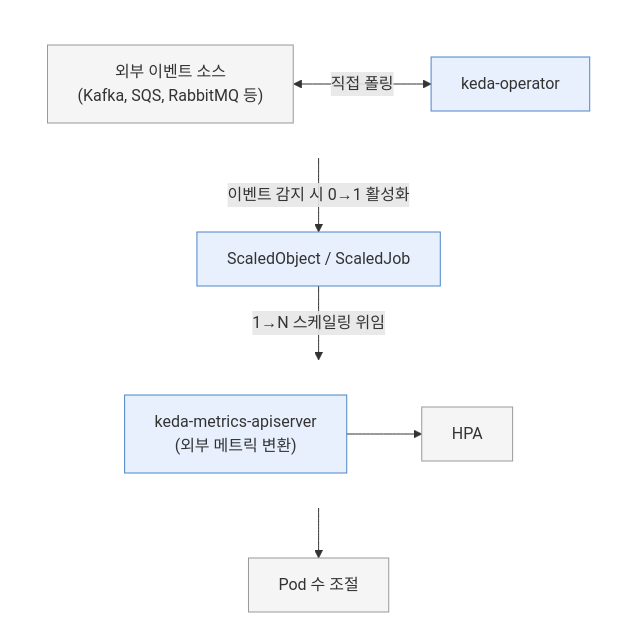
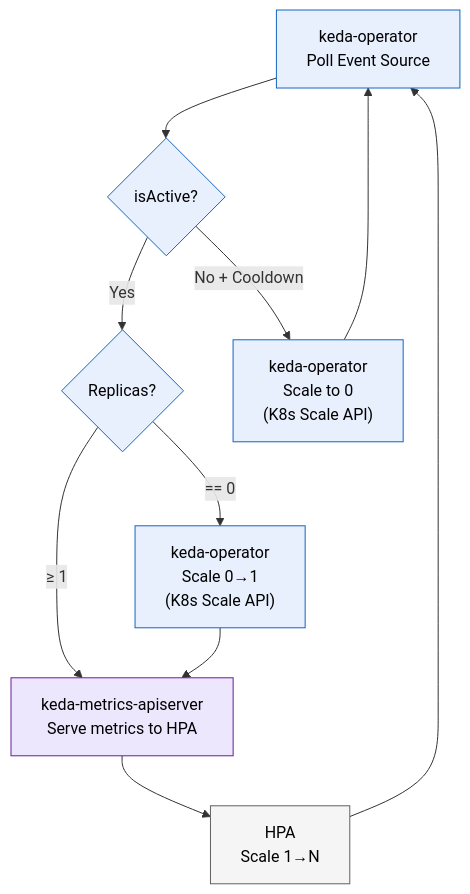
One commit to dormael/keda-research changed the second of 2 diagrams in keda-presentation-plan.md. Above: the diagram before and after it, drawn with Mermaid. The commit also changed other lines of this file, not shown here.

Commit message:
recreate diagrams

````diff
--- a/keda-presentation-plan.md
+++ b/keda-presentation-plan.md
@@ -130,26 +164,24 @@
 ```mermaid
 flowchart TD
-    subgraph row1[" "]
-        direction LR
-        ES["외부 이벤트 소스
-        (Kafka, SQS, RabbitMQ 등)"] <-- "직접 폴링" --> KO["keda-operator"]
-    end
+    Poll[keda-operator<br/>Poll Event Source] --> Active{isActive?}
 
-    row1 -- "이벤트 감지 시 0→1 활성화" --> SO["ScaledObject / ScaledJob"]
+    Active -->|Yes| Rep{Replicas?}
+    Active -->|No + Cooldown| Zero["keda-operator<br/>Scale to 0<br/>(K8s Scale API)"]
 
-    subgraph row2[" "]
-        direction LR
-        MA["keda-metrics-apiserver
-        (외부 메트릭 변환)"] --> HPA["HPA"]
-    end
+    Rep -->|"== 0"| One["keda-operator<br/>Scale 0→1<br/>(K8s Scale API)"]
+    Rep -->|"≥ 1"| HPA
 
-    SO -- "1→N 스케일링 위임" --> row2
-    row2 --> Pod["Pod 수 조절"]
+    One --> HPA["keda-metrics-apiserver<br/>Serve metrics to HPA"]
+    HPA --> N["HPA<br/>Scale 1→N"]
 
-    classDef keda fill:#e8f0fe,stroke:#4a86c8
-    classDef plain fill:#f5f5f5,stroke:#999
-    class KO,SO,MA keda
-    class ES,HPA,Pod plain
-    style row1 fill:none,stroke:none
-    style row2 fill:none,stroke:none
+    Zero --> Poll
+    N --> Poll
+
+    classDef operator fill:#e8f0fe,stroke:#1565c0,color:#000
+    classDef metrics fill:#ede7fe,stroke:#6a1b9a,color:#000
+    classDef hpa fill:#f5f5f5,stroke:#616161,color:#000
+
+    class Poll,Active,Rep,One,Zero operator
+    class HPA metrics
+    class N hpa
 ```
````
